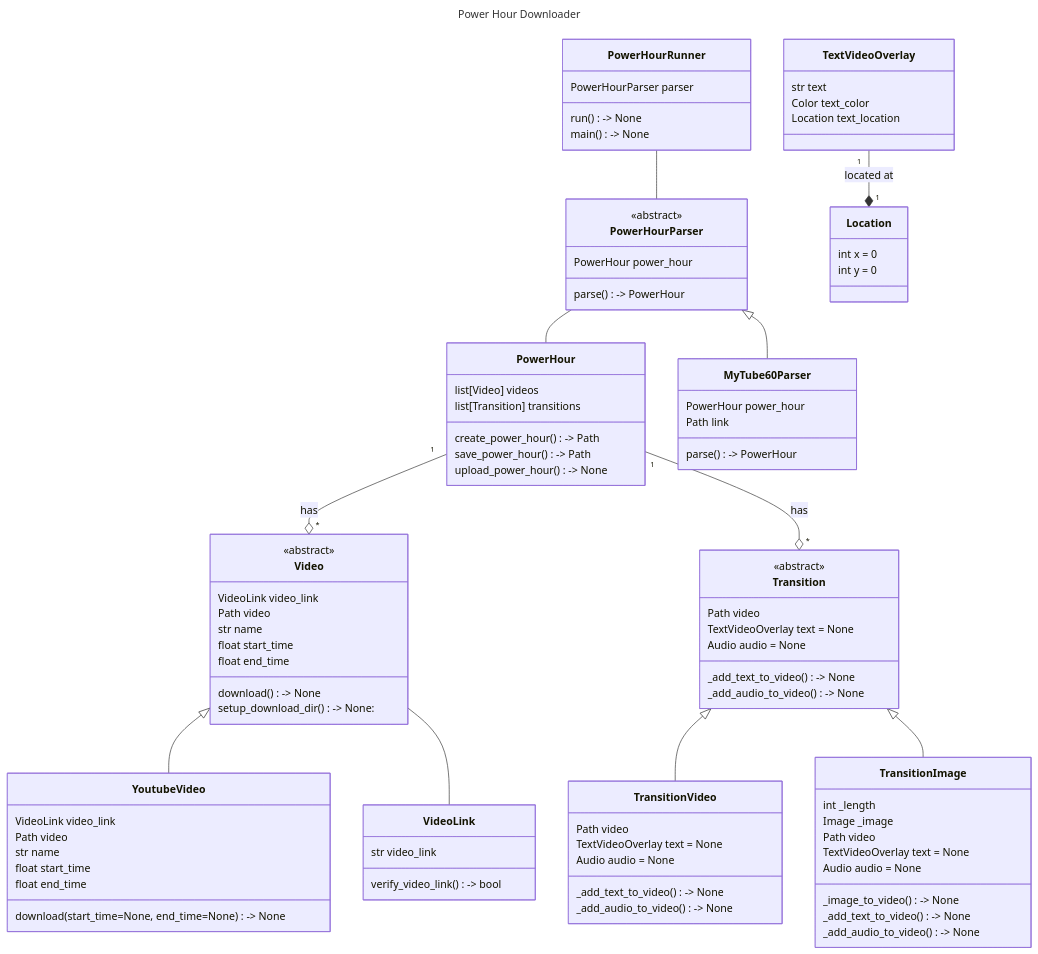
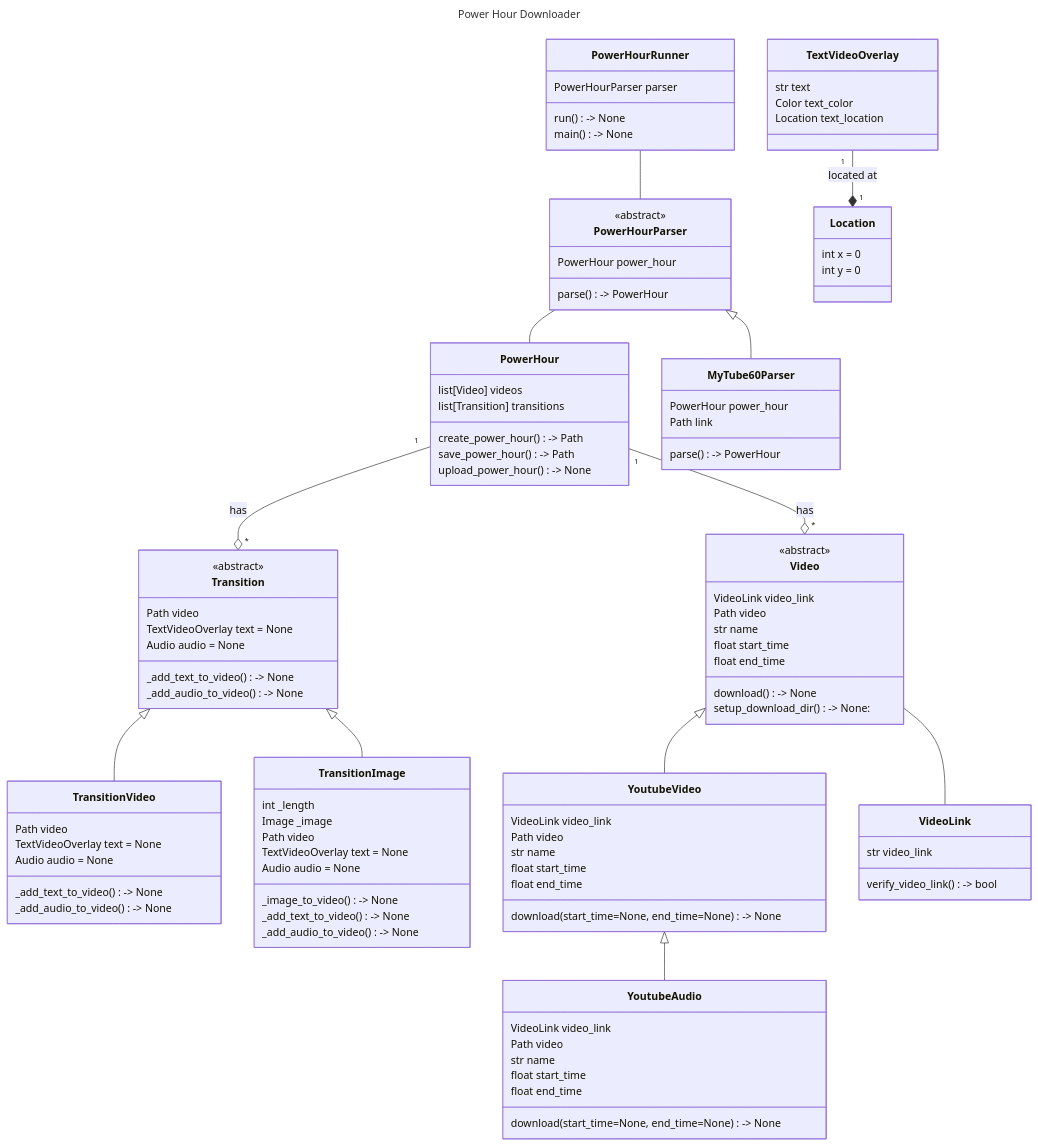
One commit to tjander3/PowerHourDownloader changed the diagram in class-diagram.md. Above: the diagram before and after it, drawn with Mermaid. The commit also changed 2 other files, not shown here.

Commit message:
start of youtbue audio

```diff
--- a/class-diagram.md
+++ b/class-diagram.md
@@ -110,6 +110,17 @@
         download(start_time=None, end_time=None) -> None
     }
 
+    YoutubeVideo <|-- YoutubeAudio
+    class YoutubeAudio {
+        VideoLink video_link
+        Path video
+        str name
+        float start_time
+        float end_time
+
+        download(start_time=None, end_time=None) -> None
+    }
+
     Video -- VideoLink
     class VideoLink {
         str video_link
```
